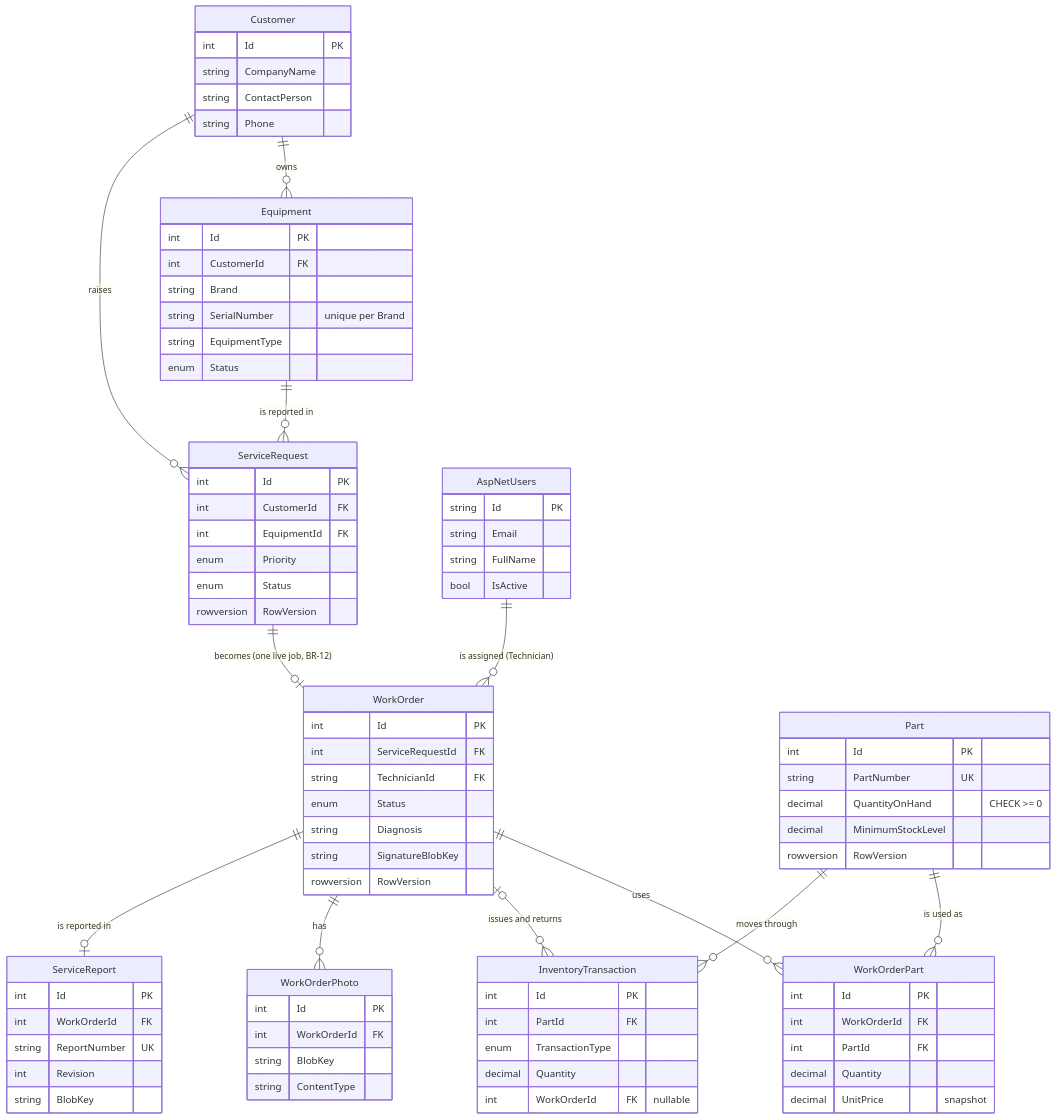
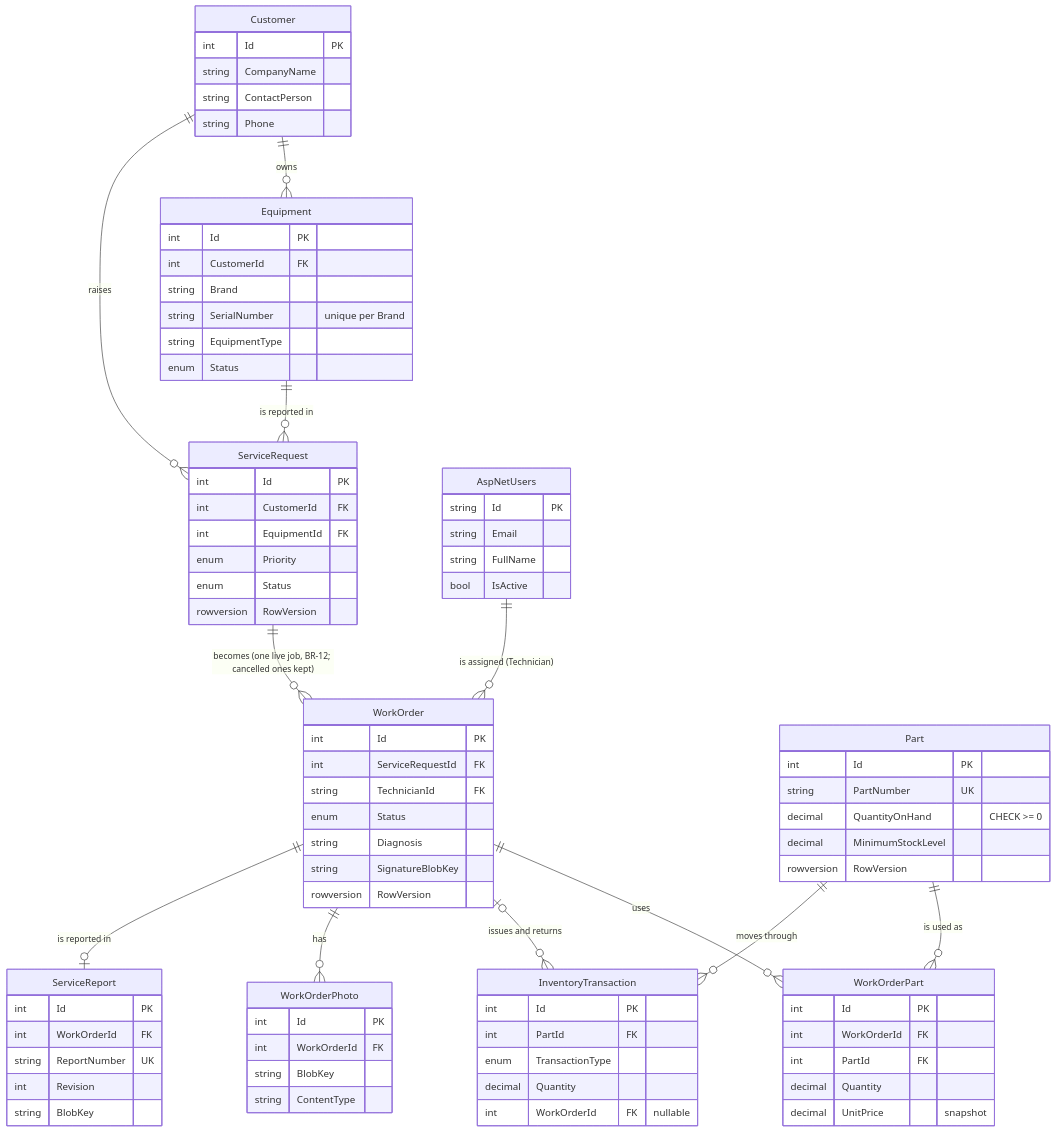
The second of 4 diagrams in README.md (Winnie8596/SarawakBizOps), drawn with Mermaid before and after one commit. The commit also changed other lines of this file and 4 other files, not shown here.

```diff
--- a/README.md
+++ b/README.md
@@ -115,7 +115,7 @@
   Customer ||--o{ Equipment : owns
   Customer ||--o{ ServiceRequest : raises
   Equipment ||--o{ ServiceRequest : "is reported in"
-  ServiceRequest ||--o| WorkOrder : "becomes (one live job, BR-12)"
+  ServiceRequest ||--o{ WorkOrder : "becomes (one live job, BR-12; cancelled ones kept)"
   AspNetUsers ||--o{ WorkOrder : "is assigned (Technician)"
   WorkOrder ||--o{ WorkOrderPart : uses
   Part ||--o{ WorkOrderPart : "is used as"
```
